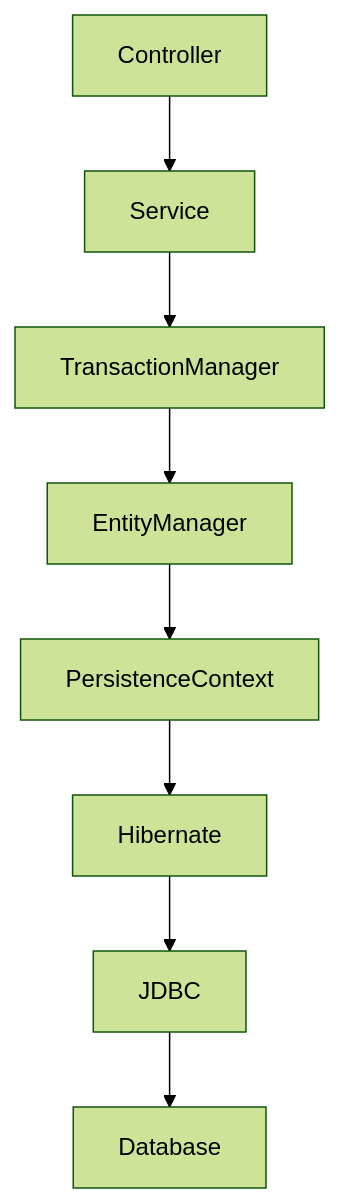
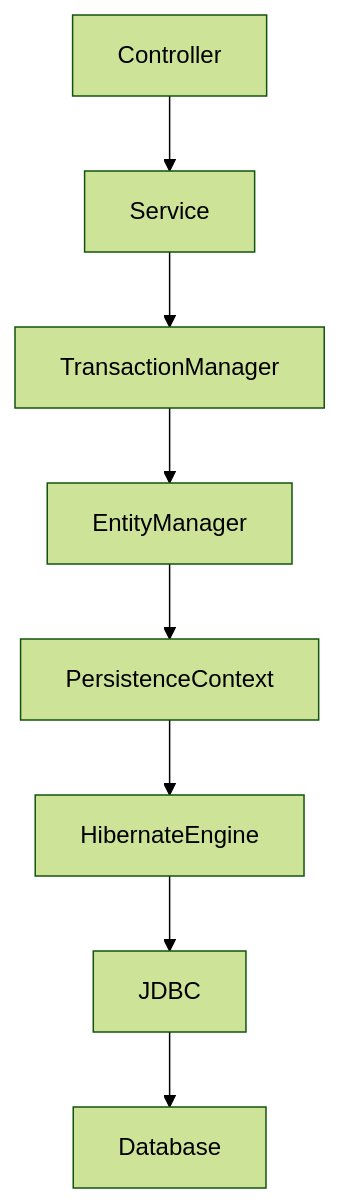
One commit to abhinandanchivate/LTIreq-Banking changed the fifth of 9 diagrams in data.md. Above: the diagram before and after it, drawn with Mermaid (forest theme). The commit also changed other lines of this file, not shown here.

````diff
--- a/data.md
+++ b/data.md
@@ -640,11 +636,11 @@
 ```mermaid
 flowchart TD
 
 Controller --> Service
 Service --> TransactionManager
 TransactionManager --> EntityManager
 EntityManager --> PersistenceContext
-PersistenceContext --> Hibernate
-Hibernate --> JDBC
+PersistenceContext --> HibernateEngine
+HibernateEngine --> JDBC
 JDBC --> Database
 ```
````
